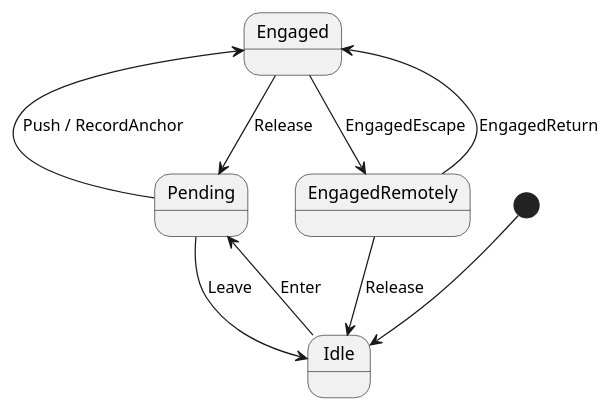
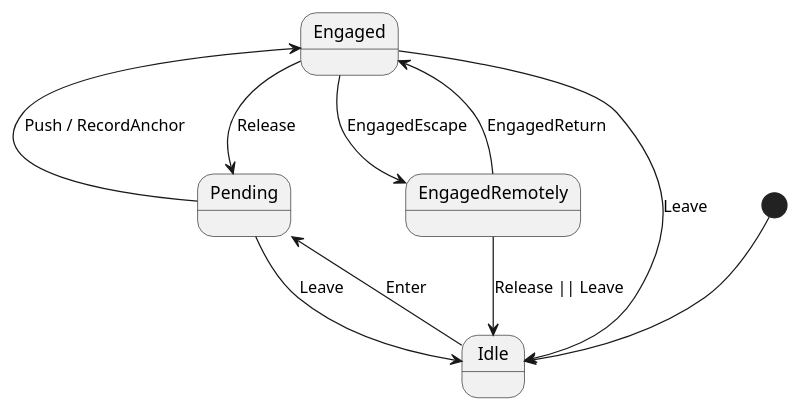
Before and after one commit to bobkocisko/libgui: the diagram in Documentation/Scrollbar.puml, drawn with PlantUML. The commit also changed 13 other files, not shown here.

```diff
--- a/Documentation/Scrollbar.puml
+++ b/Documentation/Scrollbar.puml
@@ -1,13 +1,14 @@
 @startuml
 [*] --> Idle
 
 Idle --> Pending: Enter
 Pending --> Idle: Leave
 Pending -left-> Engaged: Push / RecordAnchor
 Engaged --> Pending: Release
+Engaged --> Idle: Leave
 Engaged --> EngagedRemotely: EngagedEscape
 EngagedRemotely --> Engaged: EngagedReturn
-EngagedRemotely -> Idle: Release
+EngagedRemotely -> Idle: Release || Leave
 
 
 @enduml
```
